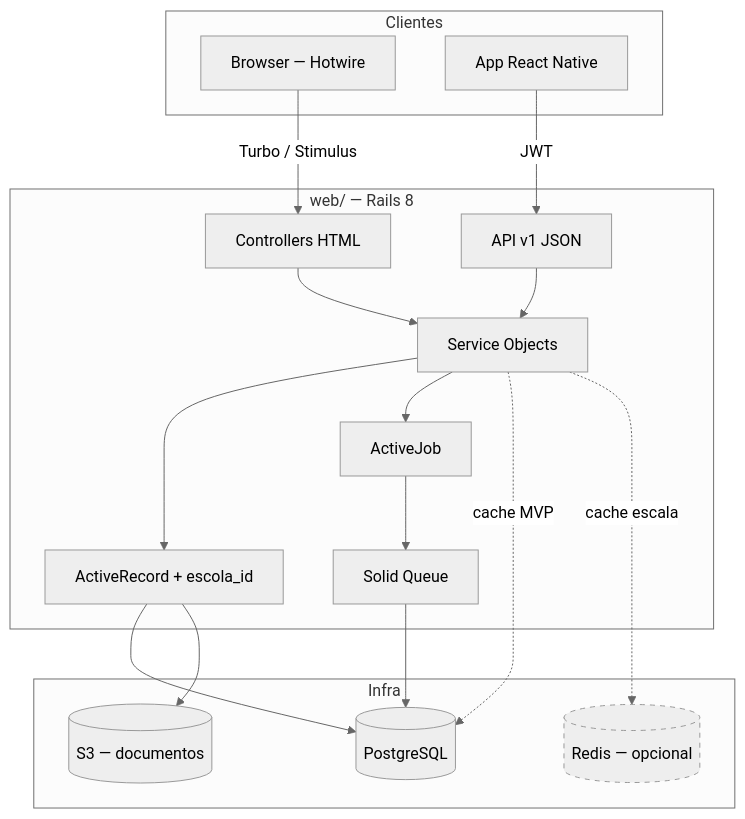
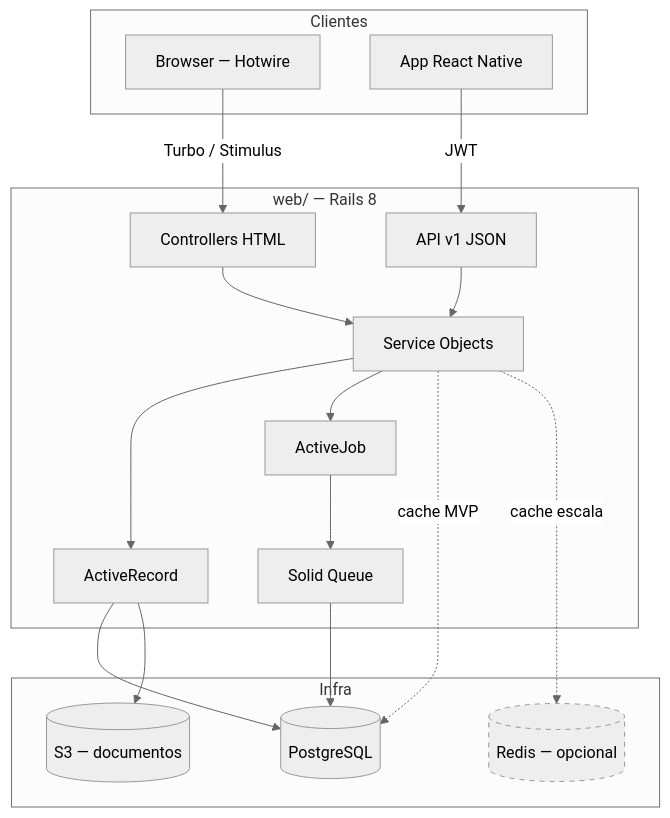
One commit to DLA-Solutions/school_lab changed the first of 3 diagrams in docs/web-stack.md. Above: the diagram before and after it, drawn with Mermaid (neutral theme). The commit also changed other lines of this file and 4 other files, not shown here.

````diff
--- a/docs/web-stack.md
+++ b/docs/web-stack.md
@@ -150,42 +149,42 @@
 ```mermaid
 flowchart TB
     subgraph clients [Clientes]
         Browser[Browser — Hotwire]
         MobileApp[App React Native]
     end
 
     subgraph web [web/ — Rails 8]
         HTML[Controllers HTML]
         API[API v1 JSON]
         Services[Service Objects]
-        Models[ActiveRecord + escola_id]
+        Models[ActiveRecord]
         Jobs[ActiveJob]
         SQ[Solid Queue]
     end
 
     subgraph infra [Infra]
         PG[(PostgreSQL)]
         Redis[(Redis — opcional)]
         S3[(S3 — documentos)]
     end
 
     Browser -->|Turbo / Stimulus| HTML
     MobileApp -->|JWT| API
 
     HTML --> Services
     API --> Services
     Services --> Models
     Services --> Jobs
 
     Jobs --> SQ
     SQ --> PG
 
     Models --> PG
     Models --> S3
 
     Services -.->|cache MVP| PG
     Services -.->|cache escala| Redis
 
     classDef optional stroke-dasharray: 5 5
     class Redis optional
 ```
````
